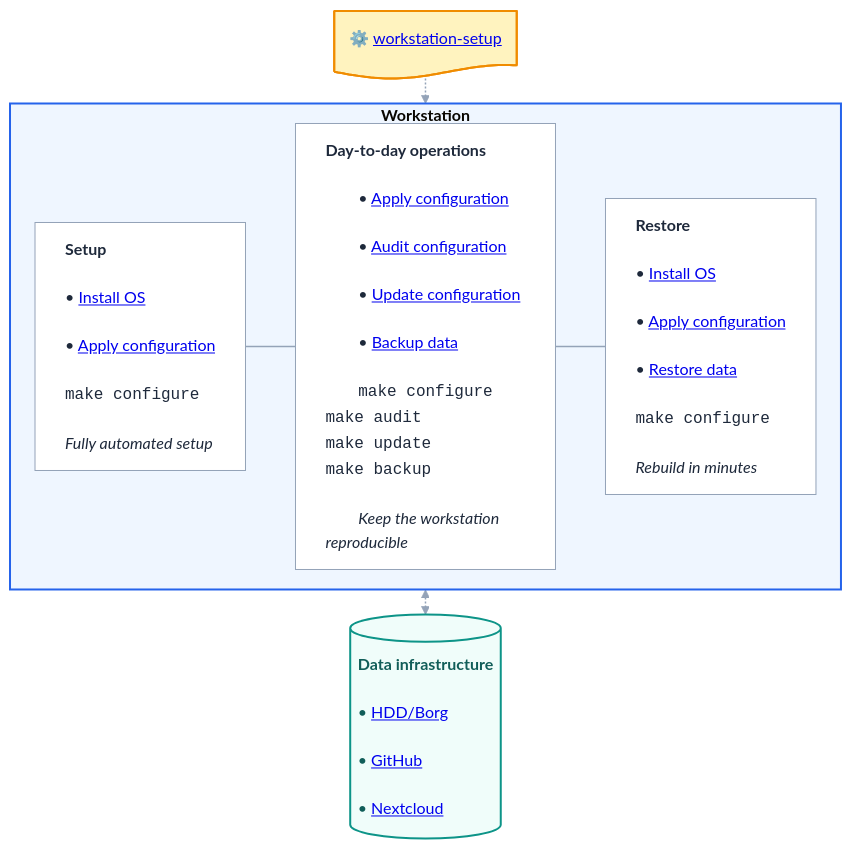
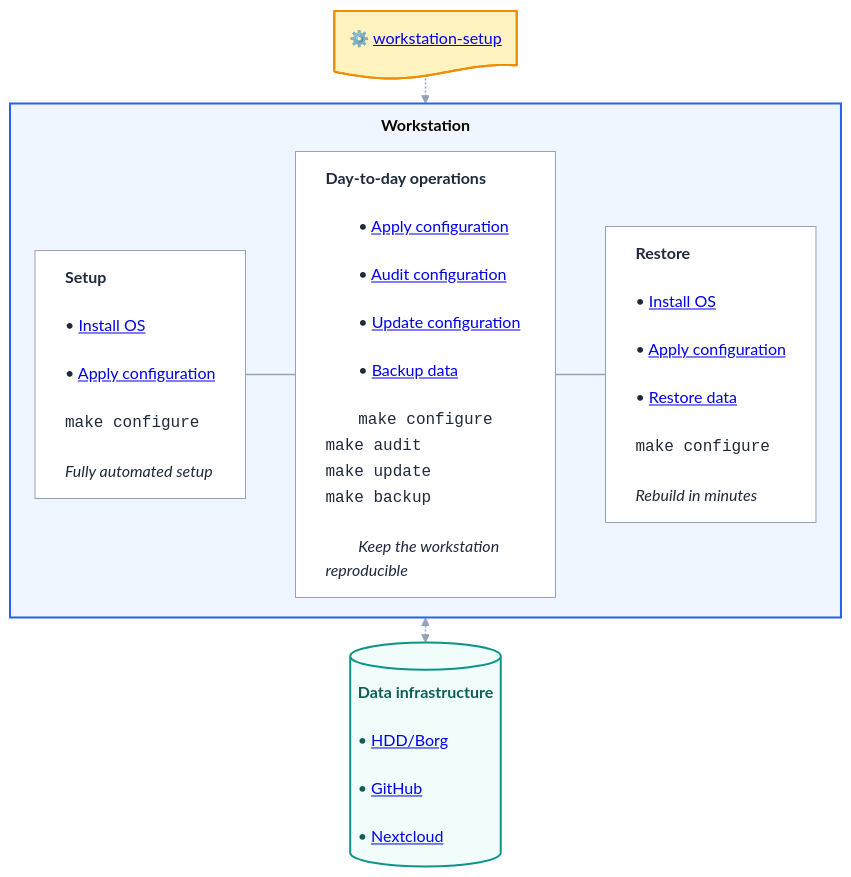
Before and after one commit to fs-ise/workstation-setup: the diagram in docs/index.qmd, drawn with Mermaid.

Commit message:
update docs/index style

````diff
--- a/docs/index.qmd
+++ b/docs/index.qmd
@@ -8,69 +8,74 @@
 ```{mermaid}
 %%| fig-align: center
 ---
 config:
   theme: base
   themeCSS: |-
     .node { color-scheme: light dark; }
 
     .nodeLabel { line-height: 1.15 !important; }
+
+    .compact-list {
+      display: inline-block;
+      line-height: 0.95;
+    }
 ---
-%%{init: {"flowchart":{"rankSpacing":25,"nodeSpacing":20,"curve":"linear","htmlLabels":true}}}%%
+%%{init: {"flowchart":{"rankSpacing":25,"nodeSpacing":20,"curve":"linear","htmlLabels":true,"subGraphTitleMargin":{"top":10,"bottom":18}}}}%%
 flowchart TB
 
     %% Top: Configuration recipe
     A@{ shape: doc, label: "⚙️ <a href='https://github.com/fs-ise/workstation-setup'>workstation-setup</a><br/>" }
 
     %% Middle: Workstation lifecycle
     subgraph WS["<strong>Workstation</strong>"]
         direction LR
 
         Setup["<strong>Setup</strong><br/>
-        • <a href='install_os.html'>Install OS</a><br/>
-        • <a href='install_configuration.html'>Apply configuration</a><br/>
+        <span class='compact-list'>• <a href='install_os.html'>Install OS</a><br/>
+        • <a href='install_configuration.html'>Apply configuration</a></span><br/>
         <span style='font-family:monospace;'>make configure</span><br/>
         <i>Fully automated setup</i>"]
 
         Daily["<strong>Day-to-day operations</strong><br/>
-        • <a href='install_configuration.html'>Apply configuration</a><br/>
+        <span class='compact-list'>• <a href='install_configuration.html'>Apply configuration</a><br/>
         • <a href='update_software.html'>Audit configuration</a><br/>
         • <a href='update_configuration.html'>Update configuration</a><br/>
-        • <a href='backup.html'>Backup data</a><br/>
+        • <a href='backup.html'>Backup data</a></span><br/>
         <span style='font-family:monospace;'>make configure<br/>make audit<br/>make update<br/>make backup</span><br/>
         <i>Keep the workstation reproducible</i>"]
 
         Restore["<strong>Restore</strong><br/>
-        • <a href='install_os.html'>Install OS</a><br/>
+        <span class='compact-list'>• <a href='install_os.html'>Install OS</a><br/>
         • <a href='install_configuration.html'>Apply configuration</a><br/>
-        • <a href='restore.html'>Restore data</a><br/>
+        • <a href='restore.html'>Restore data</a></span><br/>
         <span style='font-family:monospace;'>make configure</span><br/>
         <i>Rebuild in minutes</i>"]
 
         %% Invisible links enforce left-to-right ordering
         Setup ~~~ Daily ~~~ Restore
     end
 
     %% Bottom: Shared data infrastructure
     DATA[("<strong>Data infrastructure</strong><br/>
-    • <a href='hdd_borg.html'>HDD/Borg</a><br/>
+    <span class='compact-list'>• <a href='hdd_borg.html'>HDD/Borg</a><br/>
     • <a href='github.html'>GitHub</a><br/>
-    • <a href='nextcloud.html'>Nextcloud</a>")]
+    • <a href='nextcloud.html'>Nextcloud</a></span>")]
 
     %% External connections
     A -.-> WS
     WS <-.-> DATA
 
     %% Node styles
     classDef ansible fill:#fff3bf,stroke:#f08c00,stroke-width:2px,color:#1e293b;
     classDef phase fill:#ffffff,stroke:#94a3b8,stroke-width:1px,color:#1e293b,text-align:left;
     classDef storage fill:#f0fdfa,stroke:#0d9488,stroke-width:2px,color:#115e59,text-align:left;
 
     class A ansible;
     class Setup,Daily,Restore phase;
     class DATA storage;
 
     %% Workstation container
     style WS fill:#eff6ff,stroke:#2563eb,stroke-width:2px
 
     linkStyle default stroke:#94a3b8,stroke-width:1.5px
 ```
````
